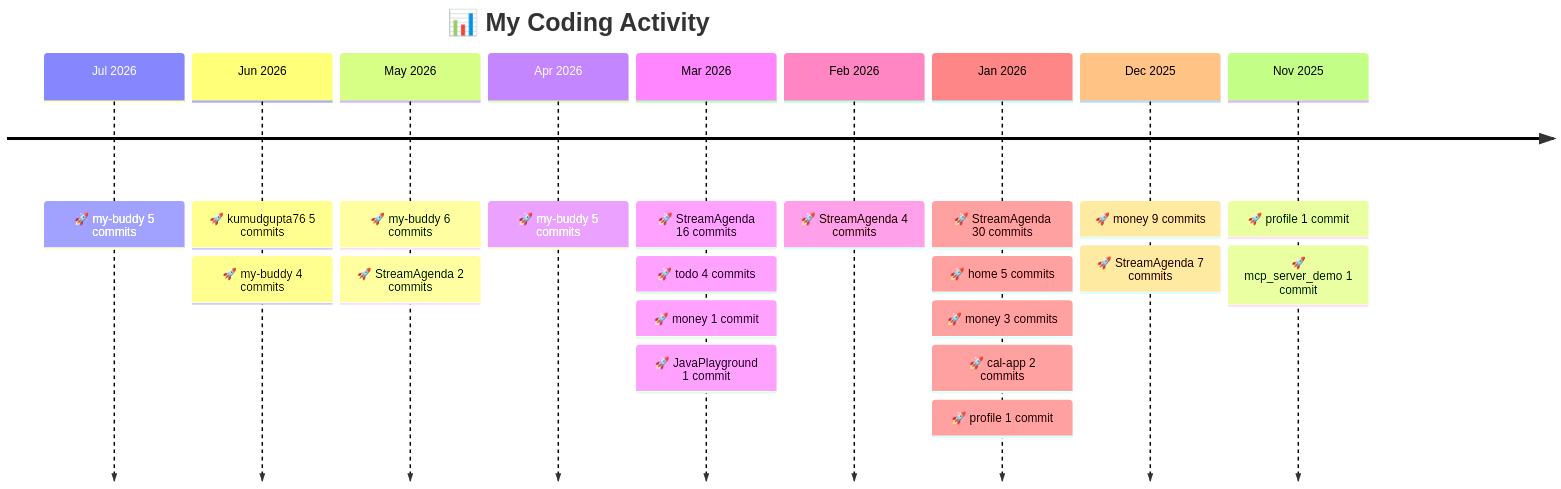
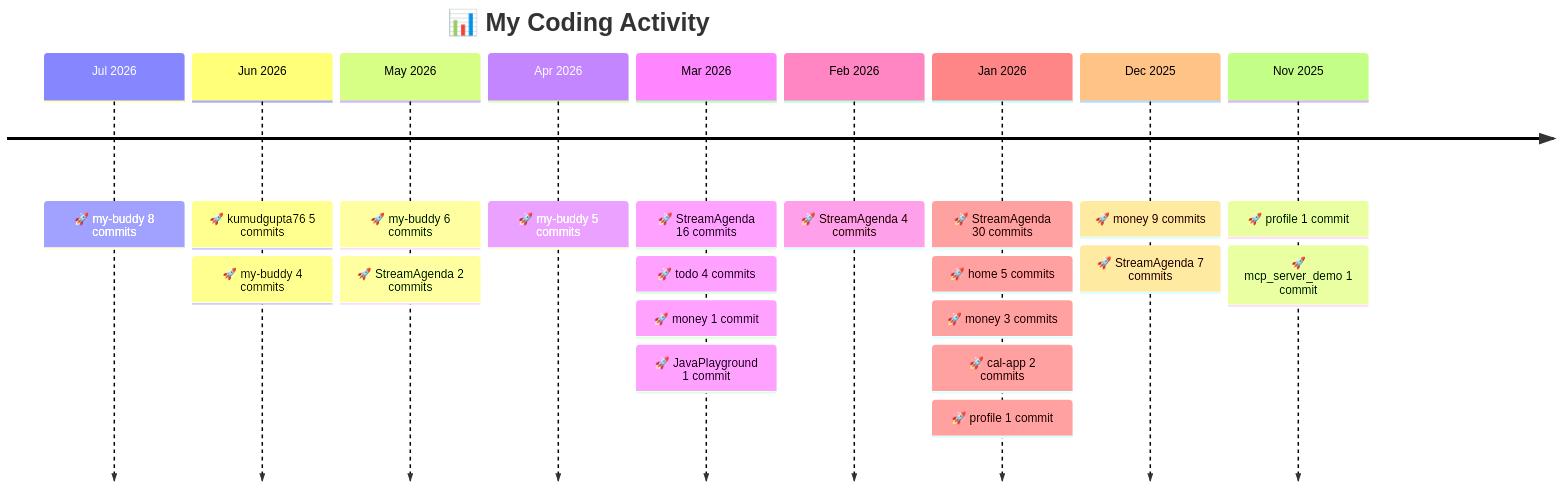
Before and after one commit to kumudgupta76/kumudgupta76: the diagram in README.md, drawn with Mermaid. The commit also changed other lines of this file, not shown here.

Commit message:
chore: update project timeline [skip ci]

````diff
--- a/README.md
+++ b/README.md
@@ -39,13 +39,13 @@
 ```mermaid
 timeline
     title 📊 My Coding Activity
-    Jul 2026 : 🚀 my-buddy 5 commits
+    Jul 2026 : 🚀 my-buddy 8 commits
     Jun 2026 : 🚀 kumudgupta76 5 commits : 🚀 my-buddy 4 commits
     May 2026 : 🚀 my-buddy 6 commits : 🚀 StreamAgenda 2 commits
     Apr 2026 : 🚀 my-buddy 5 commits
     Mar 2026 : 🚀 StreamAgenda 16 commits : 🚀 todo 4 commits : 🚀 money 1 commit : 🚀 JavaPlayground 1 commit
     Feb 2026 : 🚀 StreamAgenda 4 commits
     Jan 2026 : 🚀 StreamAgenda 30 commits : 🚀 home 5 commits : 🚀 money 3 commits : 🚀 cal-app 2 commits : 🚀 profile 1 commit
     Dec 2025 : 🚀 money 9 commits : 🚀 StreamAgenda 7 commits
     Nov 2025 : 🚀 profile 1 commit : 🚀 mcp_server_demo 1 commit
 ```
````
